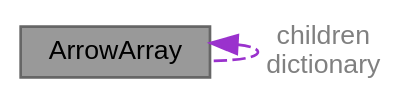
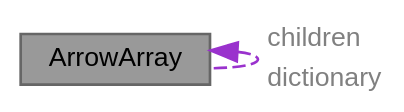
The diagram in structArrowArray__coll__graph.dot (shikokuchuo/libmizu), drawn with Graphviz before and after one commit. The commit also changed 176 other files, not shown here.

```diff
--- a/structArrowArray__coll__graph.dot
+++ b/structArrowArray__coll__graph.dot
@@ -1,9 +1,11 @@
 digraph "ArrowArray"
 {
  // LATEX_PDF_SIZE
   bgcolor="transparent";
   edge [fontname=Helvetica,fontsize=10,labelfontname=Helvetica,labelfontsize=10];
   node [fontname=Helvetica,fontsize=10,shape=box,height=0.2,width=0.4];
   Node1 [id="Node000001",label="ArrowArray",height=0.2,width=0.4,color="gray40", fillcolor="grey60", style="filled", fontcolor="black",tooltip=" "];
-  Node1 -> Node1 [id="edge1_Node000001_Node000001",dir="back",color="darkorchid3",style="dashed",tooltip=" ",label=" children\ndictionary",fontcolor="grey" ];
+  Node1 -> Node1 [id="edge1_Node000001_Node000001",dir="back",color="darkorchid3",style="dashed",tooltip=" ",label=<<TABLE CELLBORDER="0" BORDER="0"><TR><TD VALIGN="top" ALIGN="LEFT" CELLPADDING="1" CELLSPACING="0">children</TD></TR>
+<TR><TD VALIGN="top" ALIGN="LEFT" CELLPADDING="1" CELLSPACING="0">dictionary</TD></TR>
+</TABLE>> ,fontcolor="grey" ];
 }
```
